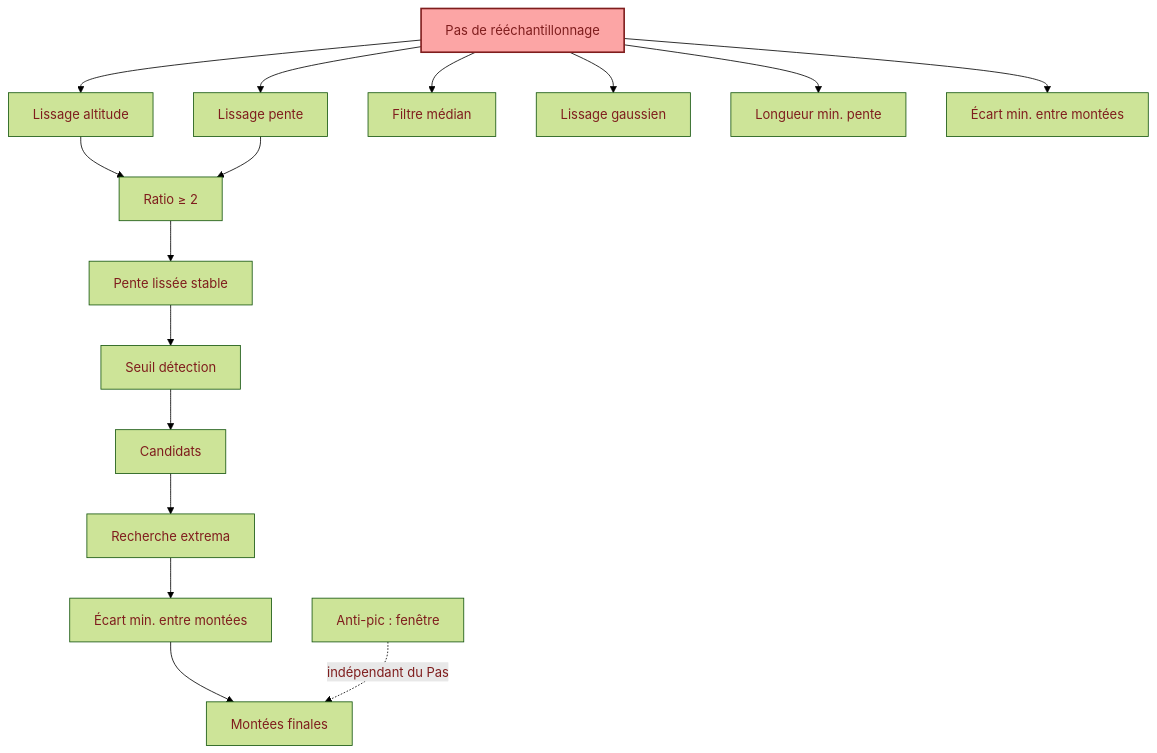
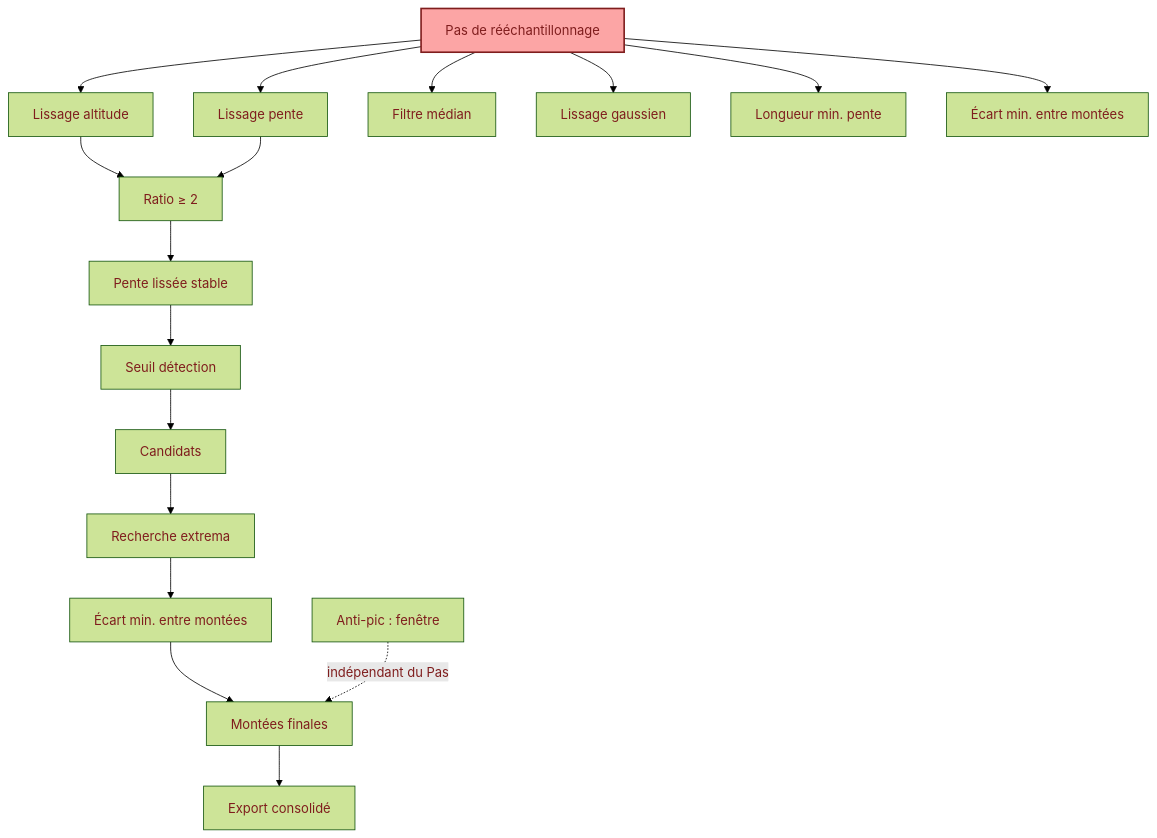
Before and after one commit to JMBaubet/VisuGPS2: diagram 15 of 16 in features/altimetrie/MUT.md, drawn with Mermaid (forest theme). The commit also changed other lines of this file and 4 other files, not shown here.

````diff
--- a/features/altimetrie/MUT.md
+++ b/features/altimetrie/MUT.md
@@ -1352,26 +1325,27 @@
 ```mermaid
 flowchart TD
     P[Pas de rééchantillonnage]:::root
 
     P --> A[Lissage altitude]
     P --> B[Lissage pente]
     P --> C[Filtre médian]
     P --> D[Lissage gaussien]
     P --> E[Longueur min. pente]
     P --> F[Écart min. entre montées]
 
     A --> H[Ratio ≥ 2]
     B --> H
     H --> I[Pente lissée stable]
 
     I --> K[Seuil détection]
     K --> L[Candidats]
     L --> M[Recherche extrema]
     M --> N[Écart min. entre montées]
     N --> O[Montées finales]
+    O --> Q[Export consolidé]
 
     G[Anti-pic : fenêtre] -.->|indépendant du Pas| O
 
     classDef root fill:#fca5a5,color:#7f1d1d,stroke:#7f1d1d,stroke-width:2px
     class P root
 ```
````
